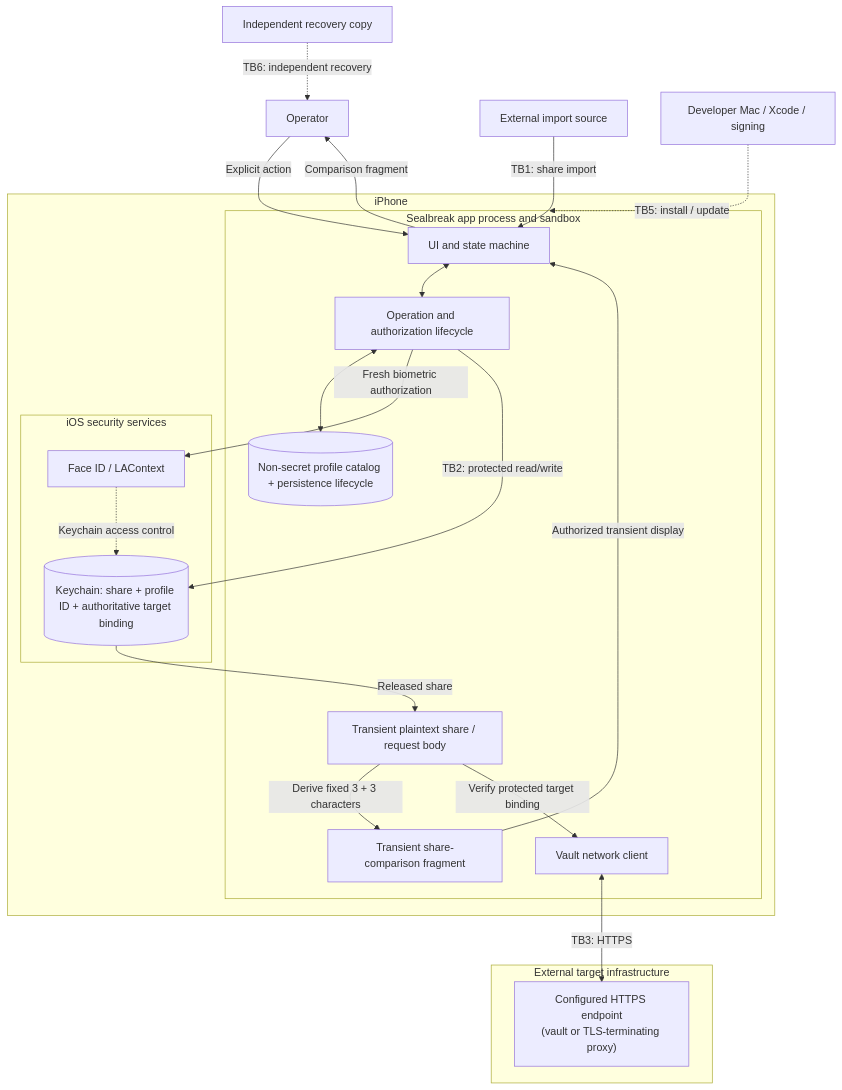
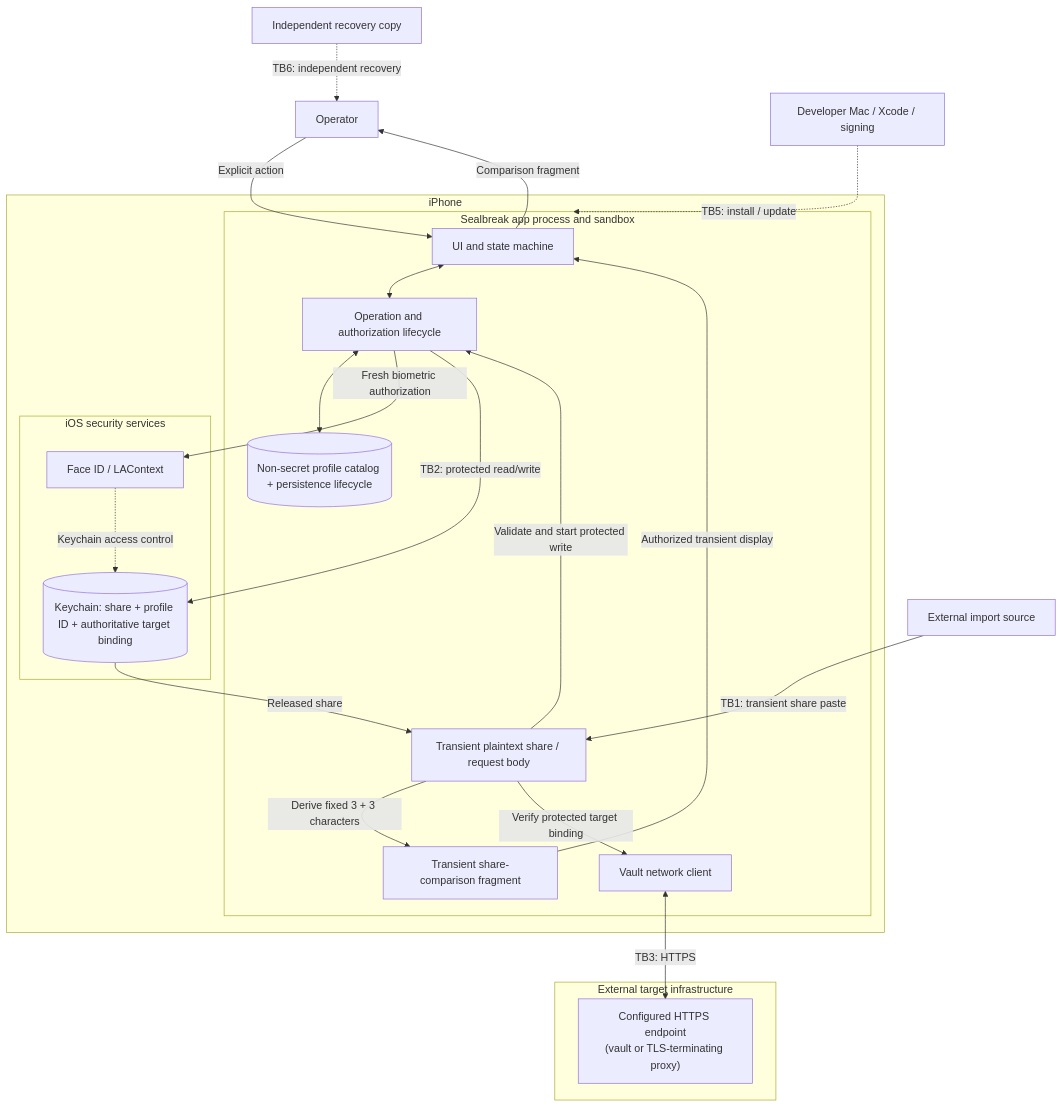
Before and after one commit to GeorgesAlkhouri/sealbreak: the first of 3 diagrams in THREAT_MODEL.md, drawn with Mermaid. The commit also changed other lines of this file, not shown here.

Commit message:
docs: model transient share import lifecycle

````diff
--- a/THREAT_MODEL.md
+++ b/THREAT_MODEL.md
@@ -60,46 +60,47 @@
 ```mermaid
 flowchart TB
     OP["Operator"]
     IMPORT["External import source"]
     REC["Independent recovery copy"]
     BUILD["Developer Mac / Xcode / signing"]
 
     subgraph PHONE["iPhone"]
         subgraph APP["Sealbreak app process and sandbox"]
             UI["UI and state machine"]
             MODEL["Operation and authorization lifecycle"]
             DISPLAY[("Non-secret profile catalog + persistence lifecycle")]
             MEM["Transient plaintext share / request body"]
             FRAGMENT["Transient share-comparison fragment"]
             NET["Vault network client"]
         end
 
         subgraph IOS["iOS security services"]
             AUTH["Face ID / LAContext"]
             KC[("Keychain: share + profile ID + authoritative target binding")]
         end
     end
 
     subgraph TARGET["External target infrastructure"]
         ENDPOINT["Configured HTTPS endpoint<br/>(vault or TLS-terminating proxy)"]
     end
 
     OP -->|"Explicit action"| UI
-    IMPORT -->|"TB1: share import"| UI
+    IMPORT -->|"TB1: transient share paste"| MEM
+    MEM -->|"Validate and start protected write"| MODEL
     BUILD -.->|"TB5: install / update"| APP
 
     UI <--> MODEL
     MODEL <--> DISPLAY
     MODEL -->|"Fresh biometric authorization"| AUTH
     AUTH -.->|"Keychain access control"| KC
     MODEL -->|"TB2: protected read/write"| KC
     KC -->|"Released share"| MEM
     MEM -->|"Derive fixed 3 + 3 characters"| FRAGMENT
     FRAGMENT -->|"Authorized transient display"| UI
     UI -->|"Comparison fragment"| OP
     MEM -->|"Verify protected target binding"| NET
 
     NET <-->|"TB3: HTTPS"| ENDPOINT
 
     REC -.->|"TB6: independent recovery"| OP
 ```
````
